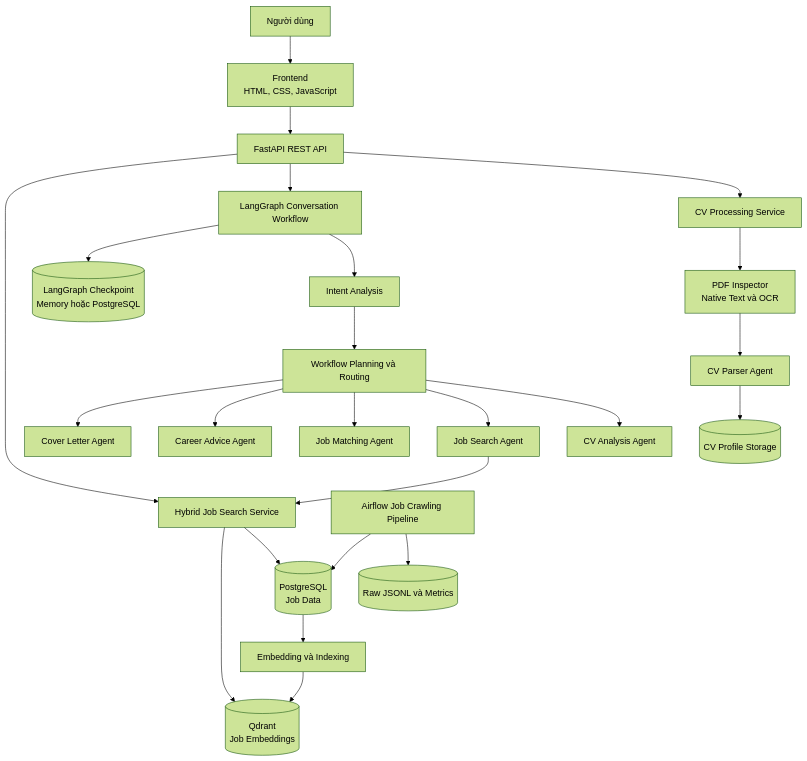
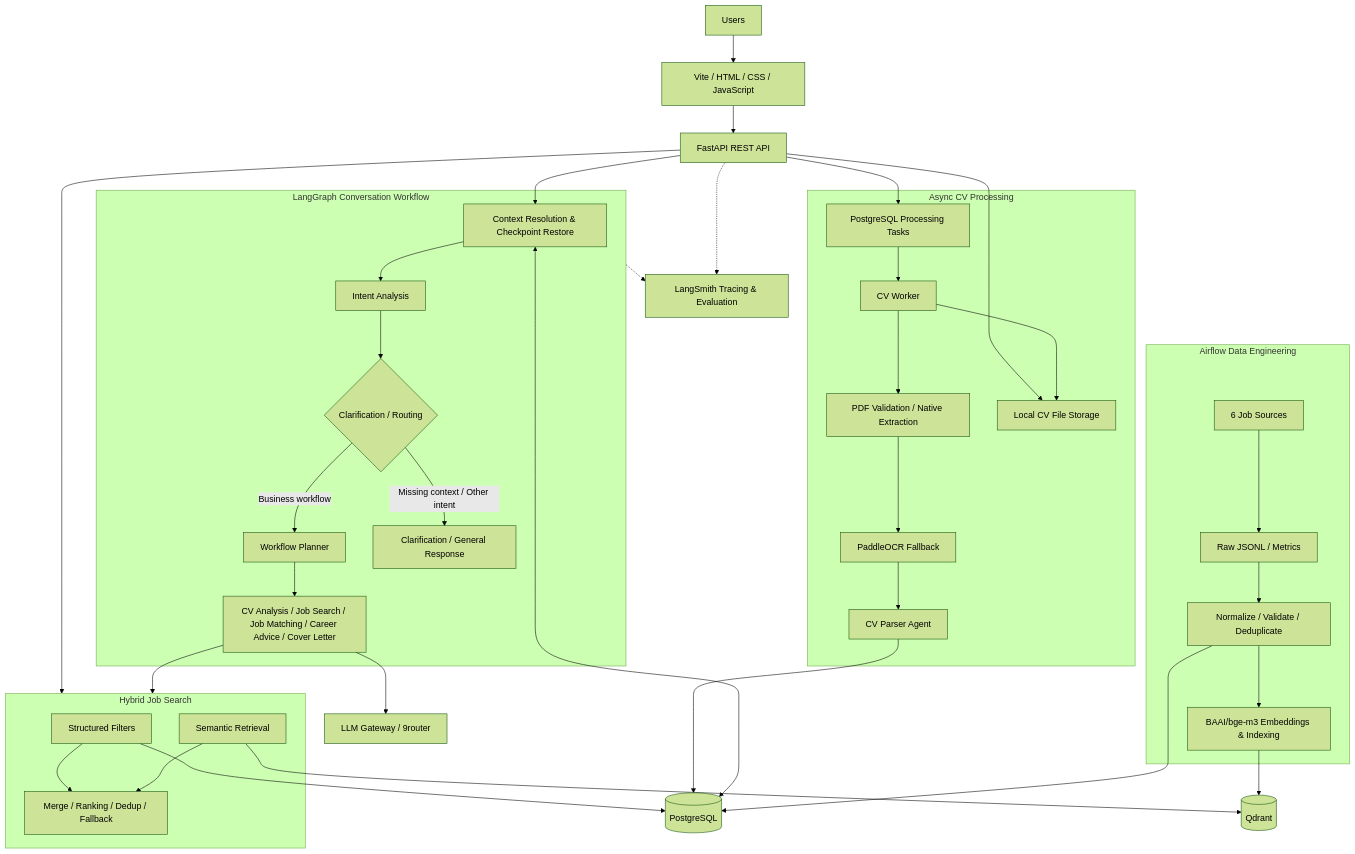
One commit to coderiukl/multi-agent-job-assistant changed the first of 3 diagrams in README.md. Above: the diagram before and after it, drawn with Mermaid (forest theme). The commit also changed other lines of this file and 1 other file, not shown here.

Commit message:
feat: update README.md and architecture

````diff
--- a/README.md
+++ b/README.md
@@ -45,33 +43,69 @@
 ```mermaid
-flowchart TD
-    U["Người dùng"] --> FE["Frontend<br/>HTML, CSS, JavaScript"]
+   
+flowchart TB
+    U["Users"] --> FE["Vite / HTML / CSS / JavaScript"]
     FE --> API["FastAPI REST API"]
 
-    API --> CV["CV Processing Service"]
-    API --> CG["LangGraph Conversation Workflow"]
-    API --> JS["Hybrid Job Search Service"]
+    subgraph CV["Async CV Processing"]
+        TASK["PostgreSQL Processing Tasks"]
+        WORKER["CV Worker"]
+        PDF["PDF Validation / Native Extraction"]
+        OCR["PaddleOCR Fallback"]
+        PARSER["CV Parser Agent"]
+        FILES["Local CV File Storage"]
+        TASK --> WORKER
+        WORKER --> PDF
+        PDF --> OCR
+        OCR --> PARSER
+    end
 
-    CV --> PDF["PDF Inspector<br/>Native Text và OCR"]
-    PDF --> CP["CV Parser Agent"]
-    CP --> CVS[("CV Profile Storage")]
+    subgraph GRAPH["LangGraph Conversation Workflow"]
+        PREP["Context Resolution & Checkpoint Restore"]
+        INTENT["Intent Analysis"]
+        ROUTER{"Clarification / Routing"}
+        PLAN["Workflow Planner"]
+        AGENTS["CV Analysis / Job Search / Job Matching / Career Advice / Cover Letter"]
+        CLARIFY["Clarification / General Response"]
+        PREP --> INTENT --> ROUTER
+        ROUTER -->|Business workflow| PLAN --> AGENTS
+        ROUTER -->|Missing context / Other intent| CLARIFY
+    end
 
-    CG --> IA["Intent Analysis"]
-    IA --> WP["Workflow Planning và Routing"]
+    subgraph SEARCH["Hybrid Job Search"]
+        FILTER["Structured Filters"]
+        VECTOR["Semantic Retrieval"]
+        RANK["Merge / Ranking / Dedup / Fallback"]
+        FILTER --> RANK
+        VECTOR --> RANK
+    end
 
-    WP --> CAA["CV Analysis Agent"]
-    WP --> JSA["Job Search Agent"]
-    WP --> JMA["Job Matching Agent"]
-    WP --> CAA2["Career Advice Agent"]
-    WP --> CLA["Cover Letter Agent"]
+    subgraph INGEST["Airflow Data Engineering"]
+        SOURCE["6 Job Sources"]
+        RAW["Raw JSONL / Metrics"]
+        NORM["Normalize / Validate / Deduplicate"]
+        INDEX["BAAI/bge-m3 Embeddings & Indexing"]
+        SOURCE --> RAW --> NORM
+        NORM --> INDEX
+    end
 
-    JSA --> JS
-    JS --> PG[("PostgreSQL<br/>Job Data")]
-    JS --> QD[("Qdrant<br/>Job Embeddings")]
+    PG[("PostgreSQL")]
+    QD[("Qdrant")]
+    LLM["LLM Gateway / 9router"]
+    LS["LangSmith Tracing & Evaluation"]
 
-    CG --> MEM[("LangGraph Checkpoint<br/>Memory hoặc PostgreSQL")]
-
-    AF["Airflow Job Crawling Pipeline"] --> RAW[("Raw JSONL và Metrics")]
-    AF --> PG
-    PG --> IDX["Embedding và Indexing"]
-    IDX --> QD
+    API --> TASK
+    API --> PREP
+    API --> SEARCH
+    API --> FILES
+    WORKER --> FILES
+    PARSER --> PG
+    AGENTS --> SEARCH
+    AGENTS --> LLM
+    PREP <--> PG
+    FILTER --> PG
+    VECTOR --> QD
+    NORM --> PG
+    INDEX --> QD
+    GRAPH -.-> LS
+    API -.-> LS
 ```
````
